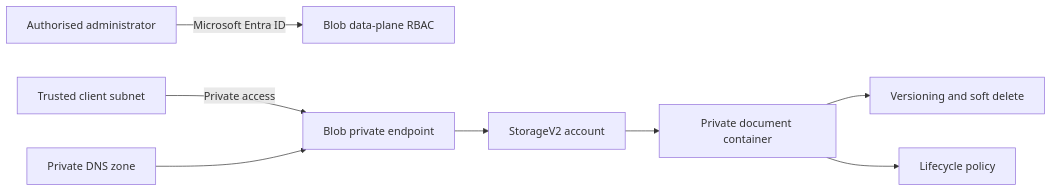
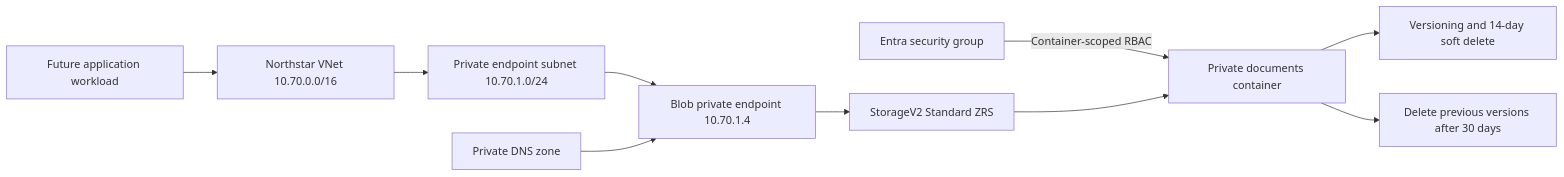
The diagram in infrastructure/labs/Phase 3 Azure Administration/16-secure-azure-storage-and-data-protection/README.md (sat-bulsara/infrastructure-engineering-portfolio), drawn with Mermaid before and after one commit. The commit also changed other lines of this file and 64 other files, not shown here.

````diff
--- a/infrastructure/labs/Phase 3 Azure Administration/16-secure-azure-storage-and-data-protection/README.md
+++ b/infrastructure/labs/Phase 3 Azure Administration/16-secure-azure-storage-and-data-protection/README.md
@@ -70,10 +19,12 @@
 ```mermaid
 flowchart LR
-    Admin[Authorised administrator] -->|Microsoft Entra ID| RBAC[Blob data-plane RBAC]
-    Client[Trusted client subnet] -->|Private access| PE[Blob private endpoint]
+    User[Entra security group] -->|Container-scoped RBAC| Blob[Private documents container]
+    App[Future application workload] --> VNet[Northstar VNet 10.70.0.0/16]
+    VNet --> Subnet[Private endpoint subnet 10.70.1.0/24]
+    Subnet --> PE[Blob private endpoint 10.70.1.4]
     DNS[Private DNS zone] --> PE
-    PE --> SA[StorageV2 account]
-    SA --> Container[Private document container]
-    Container --> Protection[Versioning and soft delete]
-    Container --> Lifecycle[Lifecycle policy]
+    PE --> SA[StorageV2 Standard ZRS]
+    SA --> Blob
+    Blob --> Recovery[Versioning and 14-day soft delete]
+    Blob --> Lifecycle[Delete previous versions after 30 days]
 ```
````
